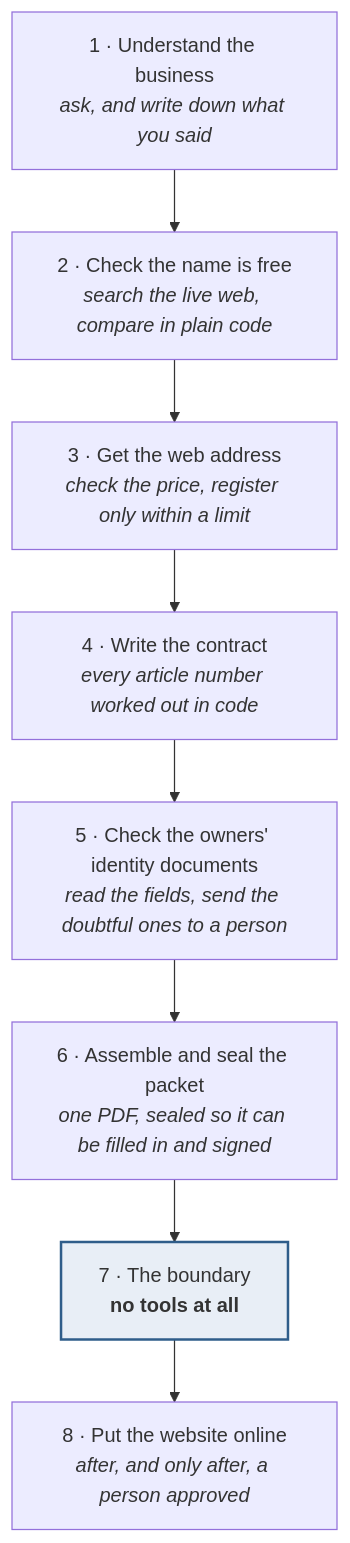
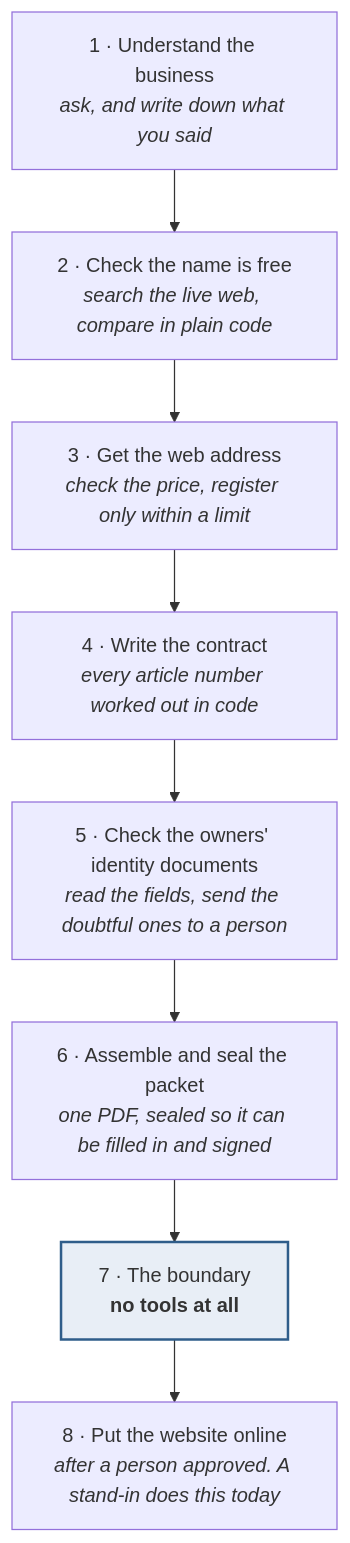
Before and after one commit to vighriday/Charter: the second of 4 diagrams in README.md, drawn with Mermaid. The commit also changed other lines of this file, not shown here.

````diff
--- a/README.md
+++ b/README.md
@@ -62,15 +62,15 @@
 ```mermaid
 flowchart TD
   S1["1 · Understand the business<br/><i>ask, and write down what you said</i>"]
   S2["2 · Check the name is free<br/><i>search the live web, compare in plain code</i>"]
   S3["3 · Get the web address<br/><i>check the price, register only within a limit</i>"]
   S4["4 · Write the contract<br/><i>every article number worked out in code</i>"]
   S5["5 · Check the owners' identity documents<br/><i>read the fields, send the doubtful ones to a person</i>"]
   S6["6 · Assemble and seal the packet<br/><i>one PDF, sealed so it can be filled in and signed</i>"]
   S7["7 · The boundary<br/><b>no tools at all</b>"]
-  S8["8 · Put the website online<br/><i>after, and only after, a person approved</i>"]
+  S8["8 · Put the website online<br/><i>after a person approved. A stand-in does this today</i>"]
 
   S1 --> S2 --> S3 --> S4 --> S5 --> S6 --> S7 --> S8
 
   style S7 fill:#e8eef6,stroke:#2f5d8a,stroke-width:2px
 ```
````
